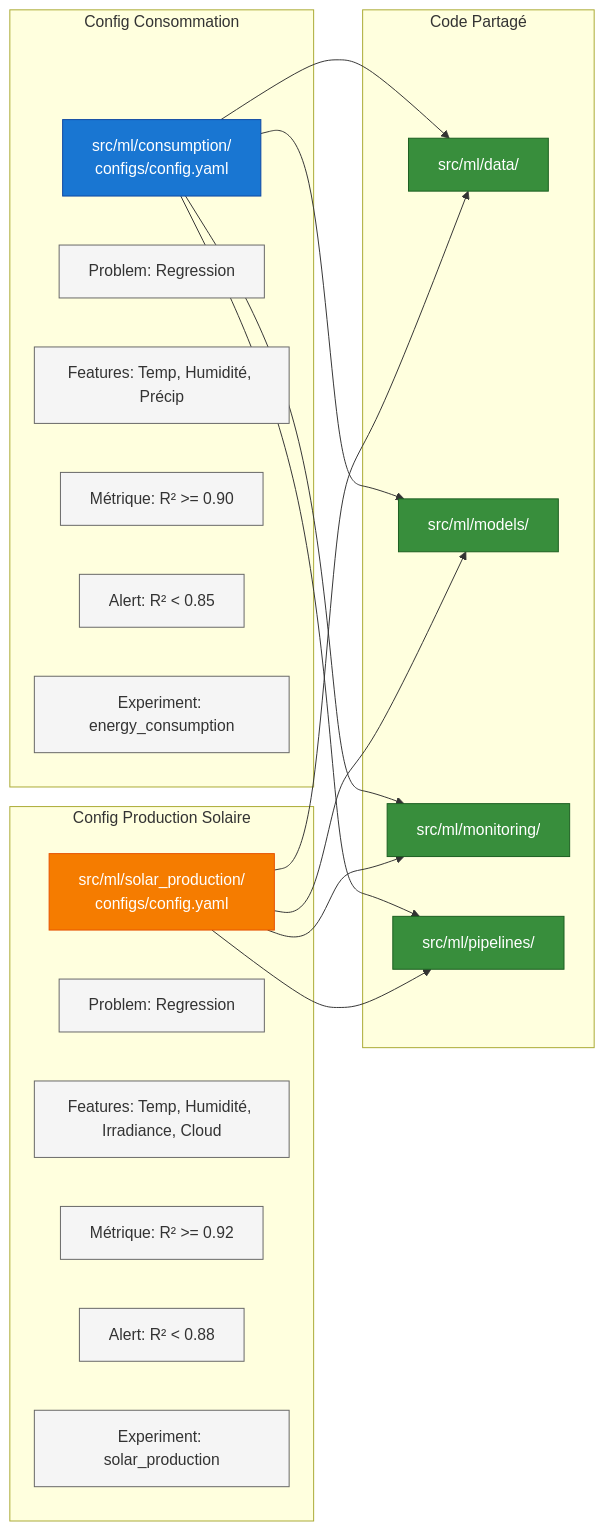
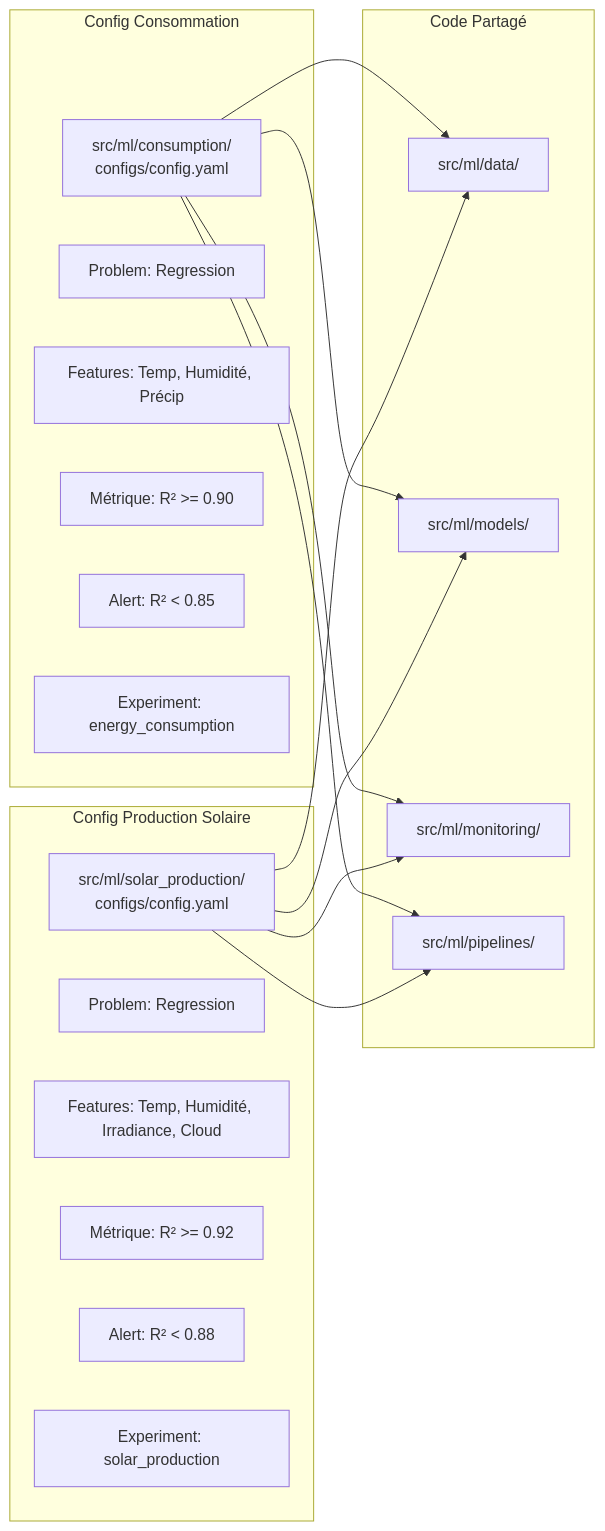
One commit to jinsudai/jinsudai changed diagram 18 of 21 in docs/ARCHITECTURE_MLOPS.md. Above: the diagram before and after it, drawn with Mermaid. The commit also changed other lines of this file, not shown here.

````diff
--- a/docs/ARCHITECTURE_MLOPS.md
+++ b/docs/ARCHITECTURE_MLOPS.md
@@ -725,45 +590,38 @@
 ```mermaid
 graph LR
-    classDef consumption fill:#1976D2,stroke:#0D47A1,color:#fff
-    classDef solar fill:#F57C00,stroke:#E65100,color:#fff
-    classDef shared fill:#388E3C,stroke:#1B5E20,color:#fff
-    classDef default fill:#f5f5f5,stroke:#666,color:#333
 
     subgraph "Config Consommation"
         C1[src/ml/consumption/<br/>configs/config.yaml]
         C2[Problem: Regression]
         C3[Features: Temp, Humidité, Précip]
         C4[Métrique: R² >= 0.90]
         C5[Alert: R² < 0.85]
         C6[Experiment: energy_consumption]
     end
 
     subgraph "Config Production Solaire"
         S1[src/ml/solar_production/<br/>configs/config.yaml]
         S2[Problem: Regression]
         S3[Features: Temp, Humidité, Irradiance, Cloud]
         S4[Métrique: R² >= 0.92]
         S5[Alert: R² < 0.88]
         S6[Experiment: solar_production]
     end
 
     subgraph "Code Partagé"
         SH1[src/ml/data/]
         SH2[src/ml/models/]
         SH3[src/ml/monitoring/]
         SH4[src/ml/pipelines/]
     end
 
     C1 --> SH1
     S1 --> SH1
     C1 --> SH2
     S1 --> SH2
     C1 --> SH3
     S1 --> SH3
     C1 --> SH4
     S1 --> SH4
 
-    class C1 consumption
-    class S1 solar
-    class SH1,SH2,SH3,SH4 shared
 ```
````
